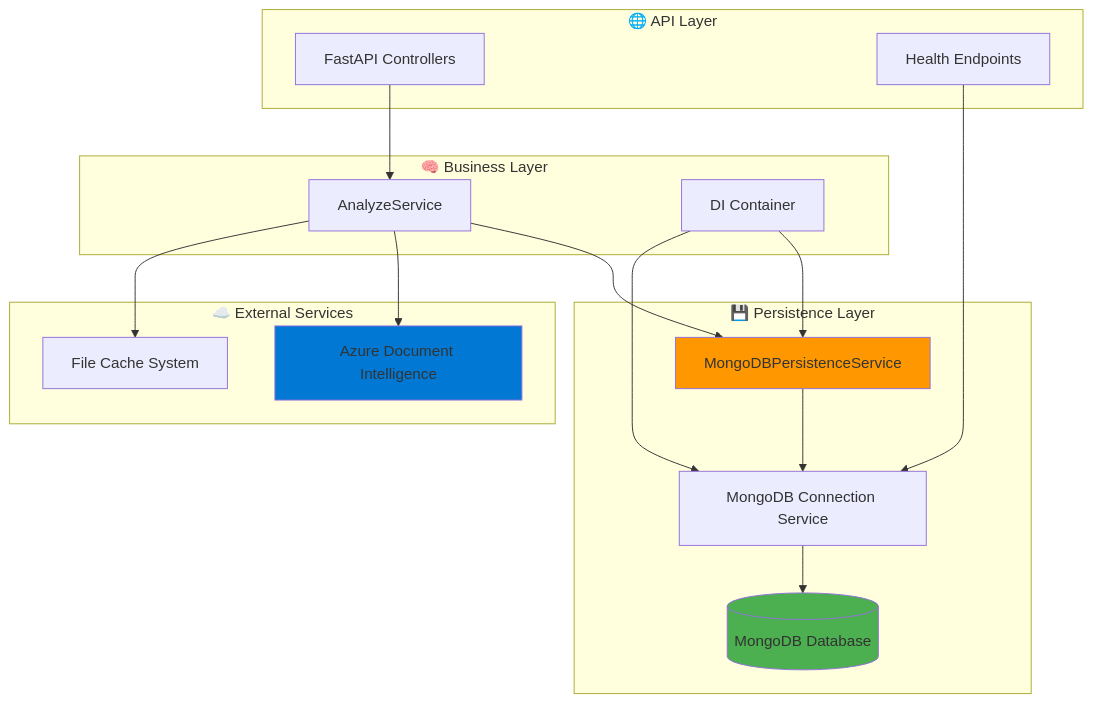
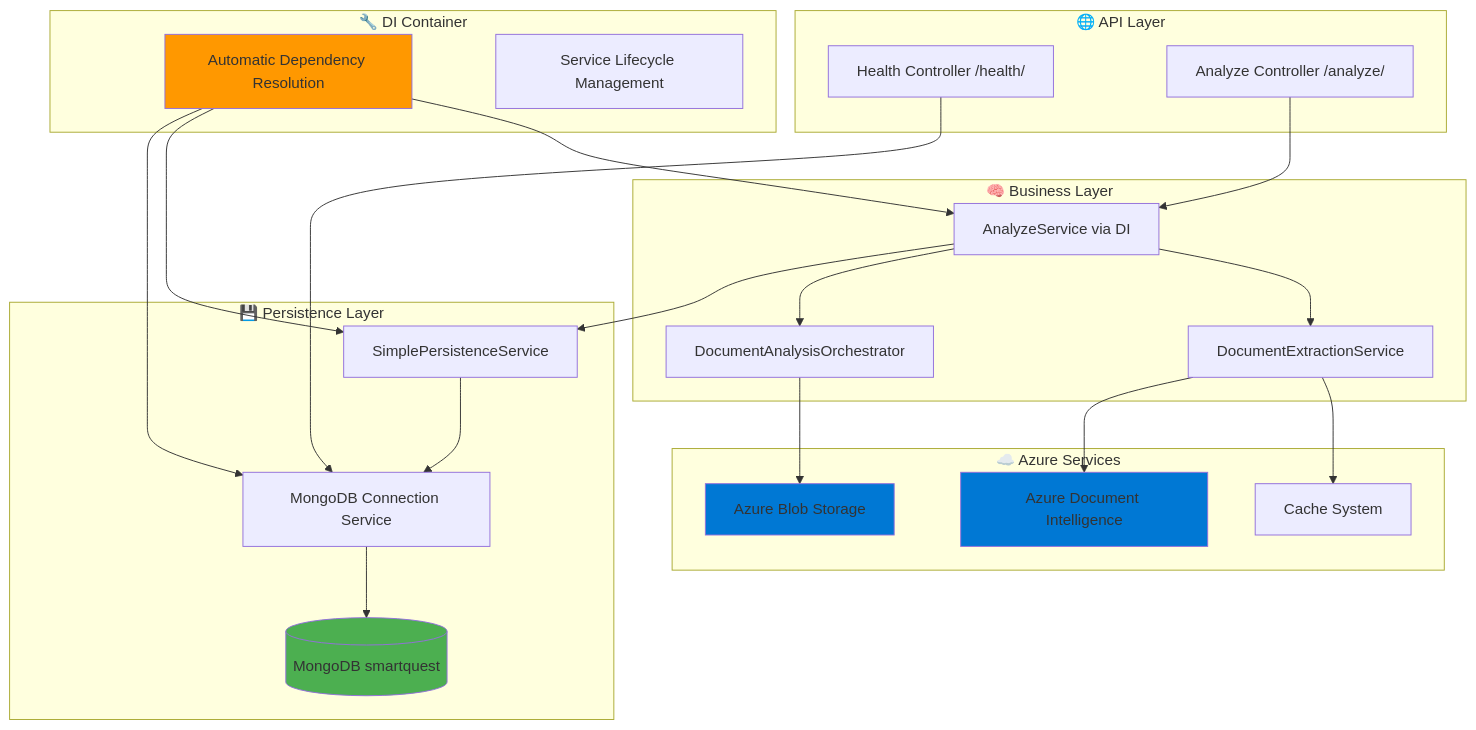
One commit to Bergami/CriEduc.SmartQuest changed the first of 2 diagrams in README.md. Above: the diagram before and after it, drawn with Mermaid. The commit also changed other lines of this file and 3 other files, not shown here.

````diff
--- a/README.md
+++ b/README.md
@@ -17,37 +19,49 @@
 ```mermaid
 graph TB
     subgraph "🌐 API Layer"
-        A[FastAPI Controllers]
-        B[Health Endpoints]
+        A[Health Controller /health/]
+        B[Analyze Controller /analyze/]
     end
 
     subgraph "🧠 Business Layer"
-        C[AnalyzeService]
-        D[DI Container]
+        C[AnalyzeService via DI]
+        D[DocumentExtractionService]
+        E[DocumentAnalysisOrchestrator]
+    end
+
+    subgraph "🔧 DI Container"
+        F[Automatic Dependency Resolution]
+        G[Service Lifecycle Management]
     end
 
     subgraph "💾 Persistence Layer"
-        E[MongoDBPersistenceService]
-        F[MongoDB Connection Service]
-        G[(MongoDB Database)]
+        H[SimplePersistenceService]
+        I[MongoDB Connection Service]
+        J[(MongoDB smartquest)]
     end
 
-    subgraph "☁️ External Services"
-        H[Azure Document Intelligence]
-        I[File Cache System]
+    subgraph "☁️ Azure Services"
+        K[Azure Document Intelligence]
+        L[Azure Blob Storage]
+        M[Cache System]
     end
 
-    A --> C
-    B --> F
+    A --> I
+    B --> C
+    C --> D
     C --> E
     C --> H
-    C --> I
-    E --> F
-    F --> G
-    D --> E
-    D --> F
+    D --> M
+    D --> K
+    E --> L
+    H --> I
+    I --> J
+    F --> C
+    F --> H
+    F --> I
 
-    style G fill:#4CAF50
-    style H fill:#0078D4
-    style E fill:#FF9800
+    style J fill:#4CAF50
+    style K fill:#0078D4
+    style L fill:#0078D4
+    style F fill:#FF9800
 ```
````
